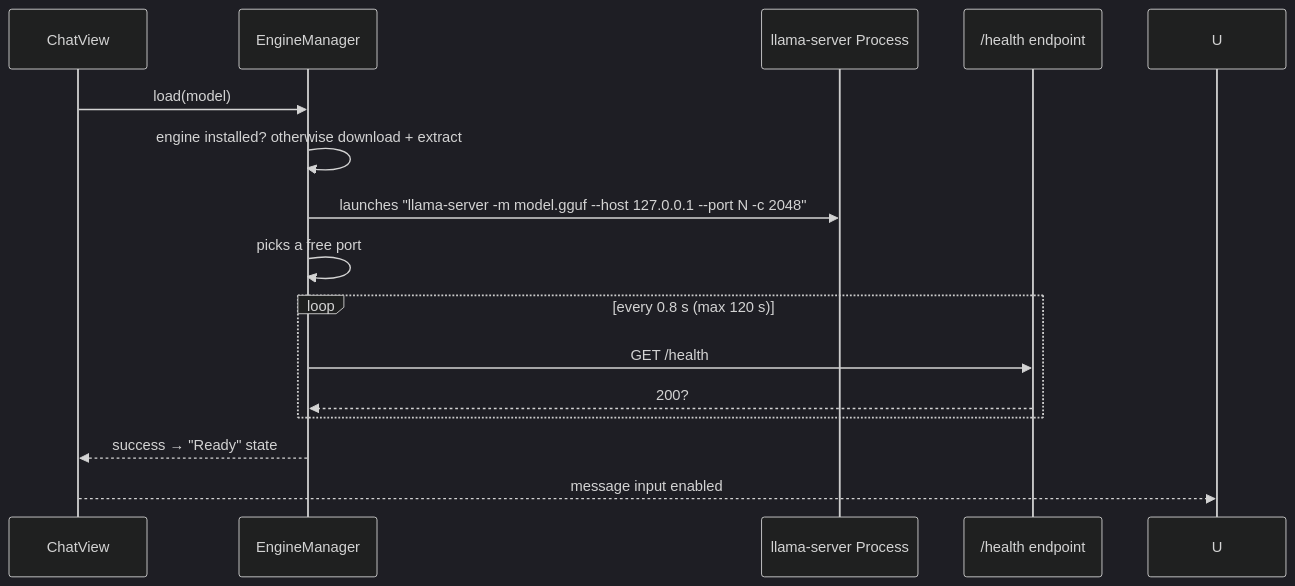
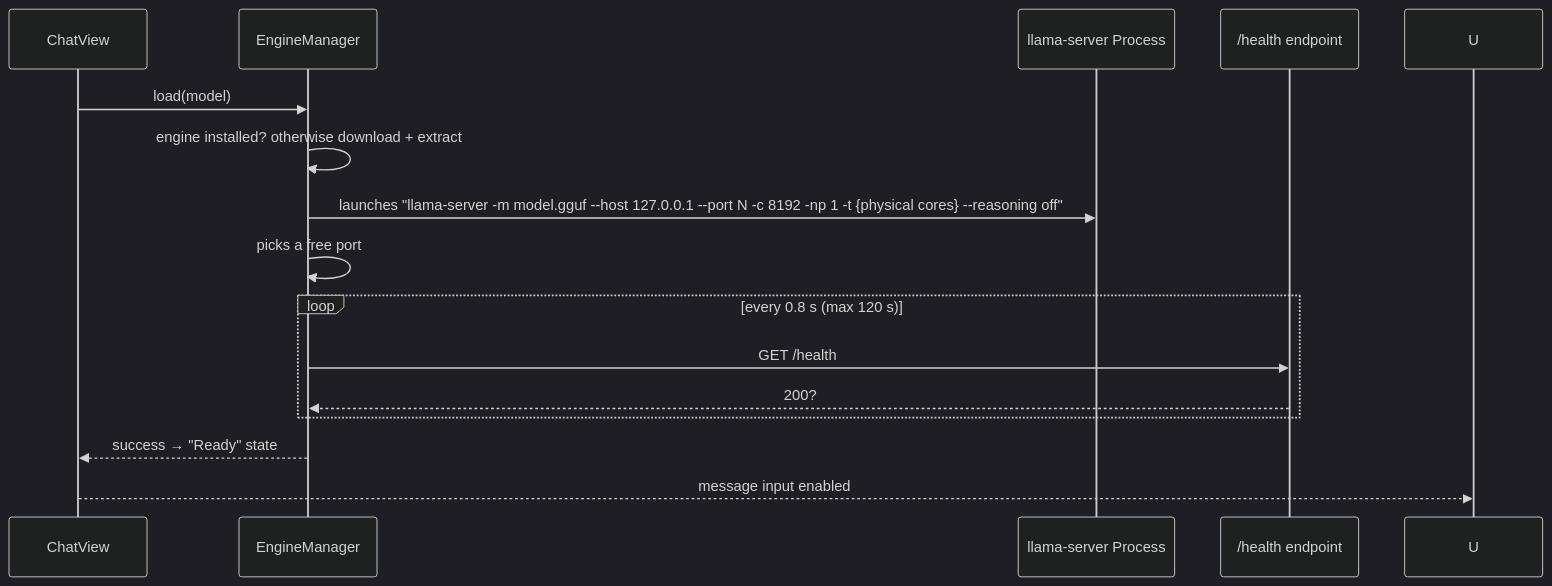
Before and after one commit to martialzinsou/KarenOs: the third of 6 diagrams in docs/DOCUMENTATION_EN.md, drawn with Mermaid (dark theme). The commit also changed other lines of this file and 6 other files, not shown here.

````diff
--- a/docs/DOCUMENTATION_EN.md
+++ b/docs/DOCUMENTATION_EN.md
@@ -184,18 +184,18 @@
 ```mermaid
 sequenceDiagram
     participant V as ChatView
     participant E as EngineManager
     participant P as llama-server Process
     participant H as /health endpoint
 
     V->>E: load(model)
     E->>E: engine installed? otherwise download + extract
-    E->>P: launches "llama-server -m model.gguf --host 127.0.0.1 --port N -c 2048"
+    E->>P: launches "llama-server -m model.gguf --host 127.0.0.1 --port N -c 8192 -np 1 -t {physical cores} --reasoning off"
     E->>E: picks a free port
     loop every 0.8 s (max 120 s)
         E->>H: GET /health
         H-->>E: 200?
     end
     E-->>V: success → "Ready" state
     V-->>U: message input enabled
 ```
````
